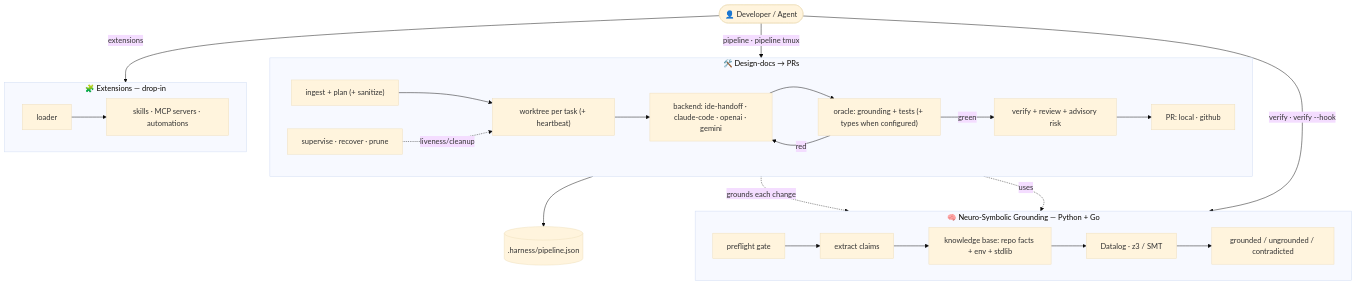
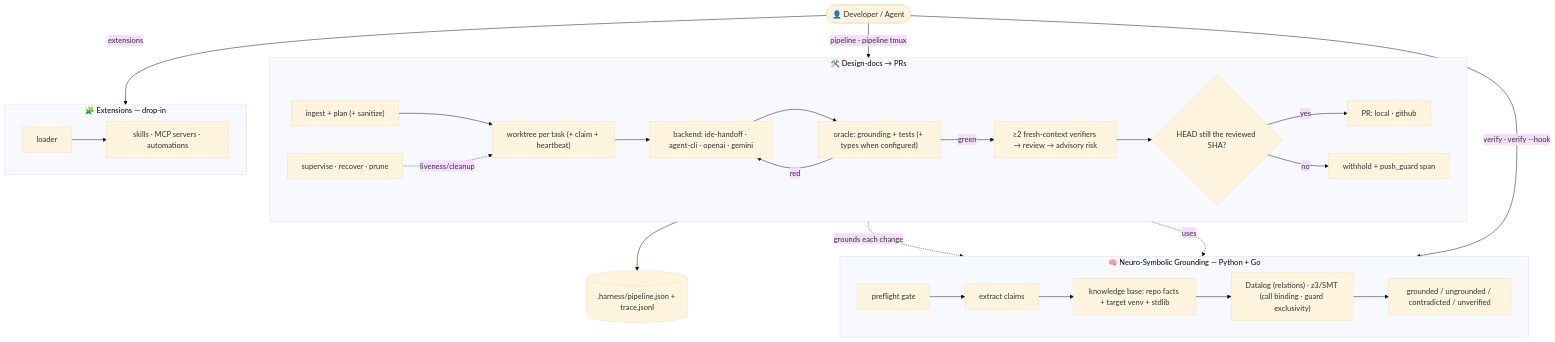
The diagram in README.md (cabal19421/harness-oss), drawn with Mermaid (base theme) before and after one commit. The commit also changed other lines of this file and 100 other files, not shown here.

First line of the commit message:
Sync the full upstream feature set; generic agent-CLI backend; AGENTS.md

````diff
--- a/README.md
+++ b/README.md
@@ -61,35 +85,37 @@
 ```mermaid
 flowchart TD
     DEV(["👤 Developer / Agent"])
     DEV -->|"verify · verify --hook"| GATE
     DEV -->|"pipeline · pipeline tmux"| PIPE
     DEV -->|"extensions"| EXTL
 
     subgraph GROUND["🧠 Neuro-Symbolic Grounding — Python + Go"]
       direction LR
       GATE["preflight gate"] --> CLAIMS["extract claims"]
-      CLAIMS --> KB["knowledge base: repo facts + env + stdlib"]
-      KB --> REASON["Datalog · z3 / SMT"]
-      REASON --> REPORT["grounded / ungrounded / contradicted"]
+      CLAIMS --> KB["knowledge base: repo facts + target venv + stdlib"]
+      KB --> REASON["Datalog (relations) · z3/SMT (call binding · guard exclusivity)"]
+      REASON --> REPORT["grounded / ungrounded / contradicted / unverified"]
     end
 
     subgraph PIPELINE["🛠️ Design-docs → PRs"]
       direction LR
-      PIPE["ingest + plan (+ sanitize)"] --> WT["worktree per task (+ heartbeat)"]
-      WT --> BACK["backend: ide-handoff · claude-code · openai · gemini"]
+      PIPE["ingest + plan (+ sanitize)"] --> WT["worktree per task (+ claim + heartbeat)"]
+      WT --> BACK["backend: ide-handoff · agent-cli · openai · gemini"]
       BACK --> ORACLE["oracle: grounding + tests (+ types when configured)"]
       ORACLE -->|red| BACK
-      ORACLE -->|green| REV["verify + review + advisory risk"]
-      REV --> PR["PR: local · github"]
+      ORACLE -->|green| REV["≥2 fresh-context verifiers → review → advisory risk"]
+      REV --> PUSH{"HEAD still the reviewed SHA?"}
+      PUSH -->|yes| PR["PR: local · github"]
+      PUSH -->|no| HOLD["withhold + push_guard span"]
       SUP["supervise · recover · prune"] -. liveness/cleanup .-> WT
     end
 
     subgraph EXTS["🧩 Extensions — drop-in"]
       direction LR
       EXTL["loader"] --> MCP["skills · MCP servers · automations"]
     end
 
     BACK -. grounds each change .-> GATE
     ORACLE -. uses .-> GATE
-    PR --> STORE[(".harness/pipeline.json")]
+    PR --> STORE[(".harness/pipeline.json + trace.jsonl")]
 ```
````
